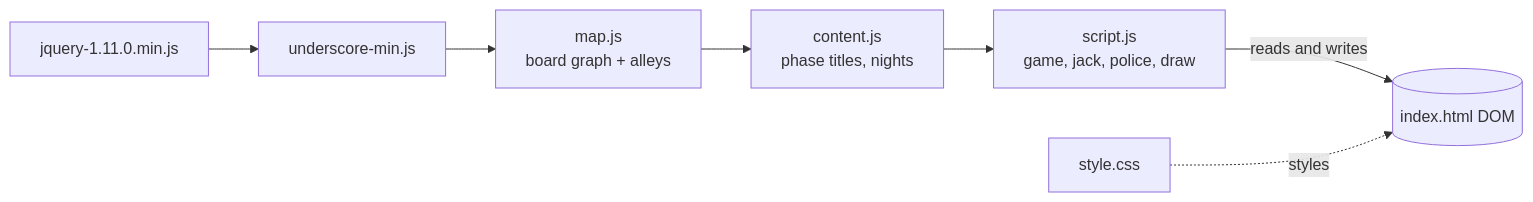
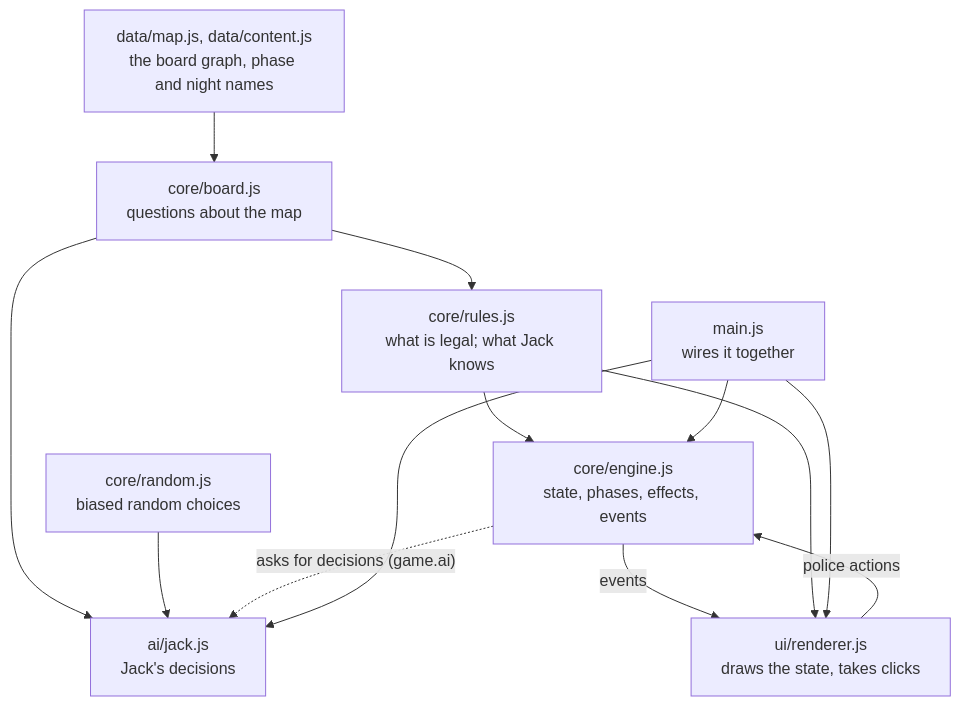
Before and after one commit to aceszhenwei/Letters-From-Whitechapel: the first of 2 diagrams in docs/architecture.md, drawn with Mermaid. The commit also changed other lines of this file and 9 other files, not shown here.

First line of the commit message:
Document the module architecture

````diff
--- a/docs/architecture.md
+++ b/docs/architecture.md
@@ -5,9 +7,24 @@
 ```mermaid
-flowchart LR
-    jq[jquery-1.11.0.min.js] --> us[underscore-min.js]
-    us --> map[map.js<br/>board graph + alleys]
-    map --> content[content.js<br/>phase titles, nights]
-    content --> script[script.js<br/>game, jack, police, draw]
-    script -->|reads and writes| dom[(index.html DOM)]
-    css[style.css] -.styles.-> dom
+flowchart TD
+    data["data/map.js, data/content.js<br/>the board graph, phase and night names"]
+    board["core/board.js<br/>questions about the map"]
+    rules["core/rules.js<br/>what is legal; what Jack knows"]
+    engine["core/engine.js<br/>state, phases, effects, events"]
+    ai["ai/jack.js<br/>Jack's decisions"]
+    random["core/random.js<br/>biased random choices"]
+    ui["ui/renderer.js<br/>draws the state, takes clicks"]
+    main["main.js<br/>wires it together"]
+
+    data --> board
+    board --> rules
+    rules --> engine
+    board --> ai
+    random --> ai
+    engine -. "asks for decisions (game.ai)" .-> ai
+    engine -- "events" --> ui
+    ui -- "police actions" --> engine
+    rules --> ui
+    main --> engine
+    main --> ai
+    main --> ui
 ```
````
